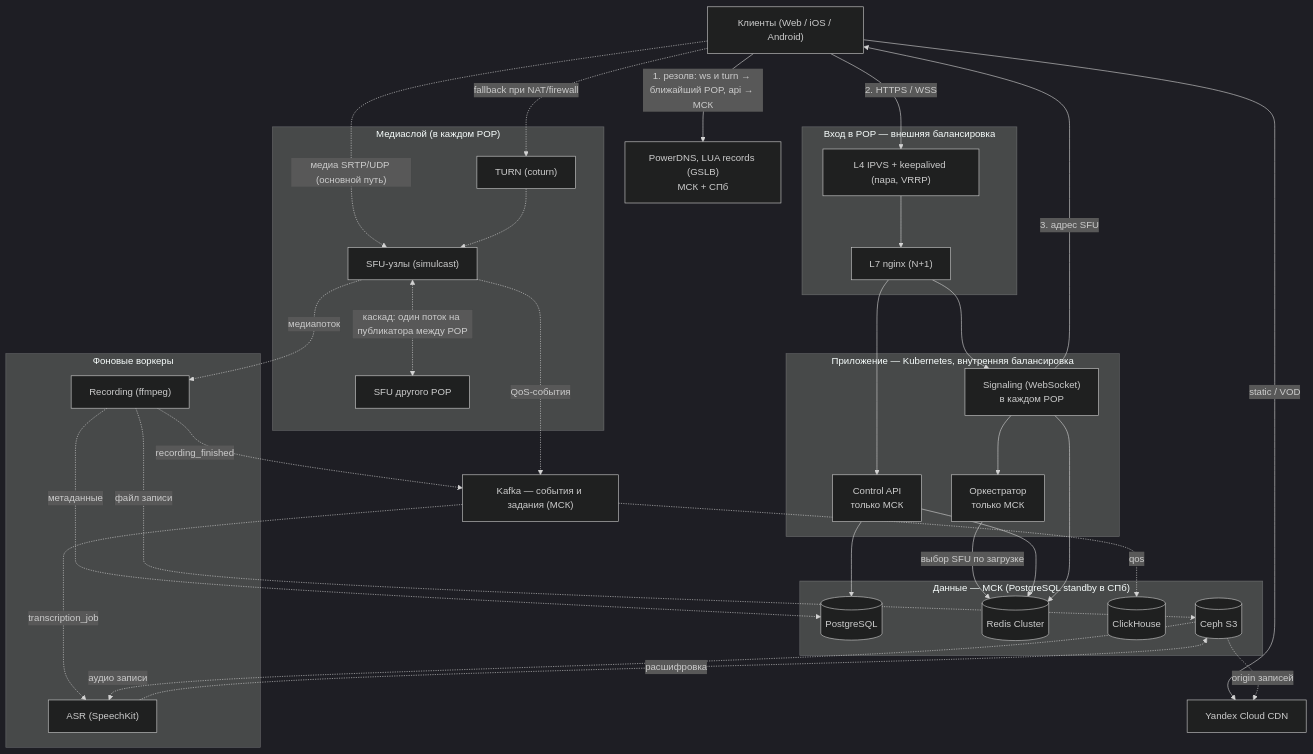
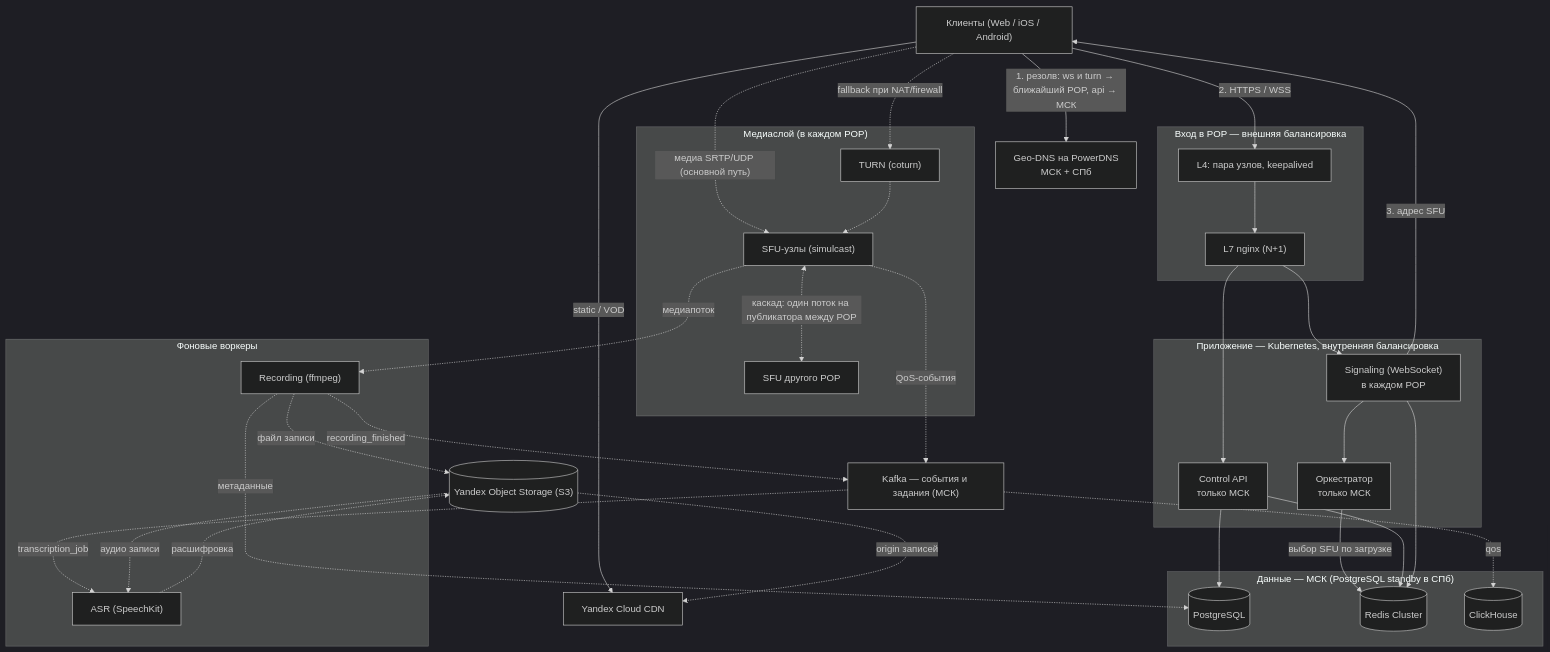
One commit to armishev/highload_course_project changed the diagram in resources/project-scheme.md. Above: the diagram before and after it, drawn with Mermaid (dark theme). The commit also changed 8 other files, not shown here.

````diff
--- a/resources/project-scheme.md
+++ b/resources/project-scheme.md
@@ -3,68 +3,68 @@
 ```mermaid
 flowchart TD
     C["Клиенты (Web / iOS / Android)"]
-    DNS["PowerDNS, LUA records (GSLB)<br/>МСК + СПб"]
+    DNS["Geo-DNS на PowerDNS<br/>МСК + СПб"]
 
     subgraph EDGE["Вход в POP — внешняя балансировка"]
-        L4["L4 IPVS + keepalived (пара, VRRP)"]
+        L4["L4: пара узлов, keepalived"]
         L7["L7 nginx (N+1)"]
     end
 
     subgraph APP["Приложение — Kubernetes, внутренняя балансировка"]
         SIG["Signaling (WebSocket)<br/>в каждом POP"]
         API["Control API<br/>только МСК"]
         ORC["Оркестратор<br/>только МСК"]
     end
 
     subgraph MEDIA["Медиаслой (в каждом POP)"]
         SFU["SFU-узлы (simulcast)"]
         SFU2["SFU другого POP"]
         TURN["TURN (coturn)"]
     end
 
     subgraph WORK["Фоновые воркеры"]
         REC["Recording (ffmpeg)"]
         ASR["ASR (SpeechKit)"]
     end
 
     subgraph DATA["Данные — МСК (PostgreSQL standby в СПб)"]
         PG[("PostgreSQL")]
         RD[("Redis Cluster")]
         CH[("ClickHouse")]
-        OS[("Ceph S3")]
     end
+    OS[("Yandex Object Storage (S3)")]
 
     KAFKA["Kafka — события и задания (МСК)"]
     CDN["Yandex Cloud CDN"]
 
     C -->|"1. резолв: ws и turn → ближайший POP, api → МСК"| DNS
     C -->|"2. HTTPS / WSS"| L4
     L4 --> L7
     L7 --> API
     L7 --> SIG
     SIG --> ORC
     ORC -->|"выбор SFU по загрузке"| RD
     SIG -->|"3. адрес SFU"| C
     API --> PG
     API --> RD
     SIG --> RD
 
     C -.->|"медиа SRTP/UDP (основной путь)"| SFU
     C -.->|"fallback при NAT/firewall"| TURN
     TURN -.-> SFU
     SFU <-.->|"каскад: один поток на публикатора между POP"| SFU2
 
     SFU -.->|"медиапоток"| REC
     REC -.->|"файл записи"| OS
     REC -.->|"метаданные"| PG
     REC -.->|"recording_finished"| KAFKA
     KAFKA -.->|"transcription_job"| ASR
     OS -.->|"аудио записи"| ASR
     ASR -.->|"расшифровка"| OS
 
     SFU -.->|"QoS-события"| KAFKA
     KAFKA -.->|"qos"| CH
 
     C -->|"static / VOD"| CDN
     OS -.->|"origin записей"| CDN
 ```
````
